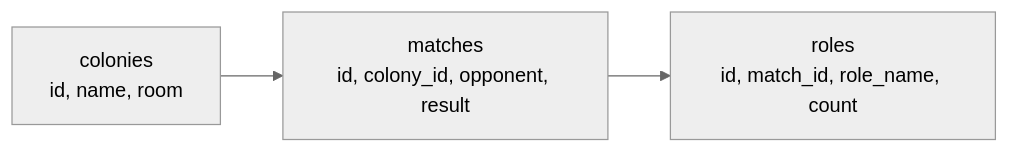
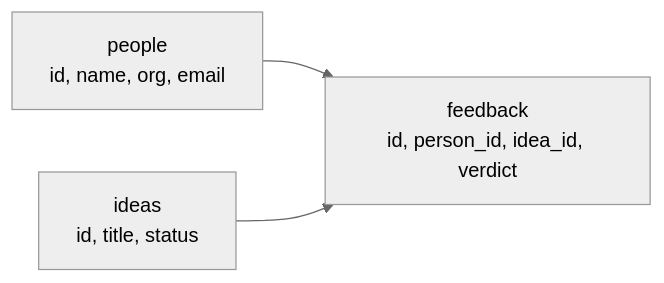
The diagram in apps/marketplace/content/tutorials/relational-databases-and-graphs/01-tables-rows-and-relationships.md (AutoNateAI/roblox-gamelab-2), drawn with Mermaid (neutral theme) before and after one commit. The commit also changed other lines of this file and 130 other files, not shown here.

````diff
--- a/apps/marketplace/content/tutorials/relational-databases-and-graphs/01-tables-rows-and-relationships.md
+++ b/apps/marketplace/content/tutorials/relational-databases-and-graphs/01-tables-rows-and-relationships.md
@@ -65,5 +94,5 @@
 ```mermaid
 flowchart LR
-  A["colonies<br/>id, name, room"] --> B["matches<br/>id, colony_id, opponent, result"]
-  B --> C["roles<br/>id, match_id, role_name, count"]
+  P["people<br/>id, name, org, email"] --> F["feedback<br/>id, person_id, idea_id, verdict"]
+  I["ideas<br/>id, title, status"] --> F
 ```
````
